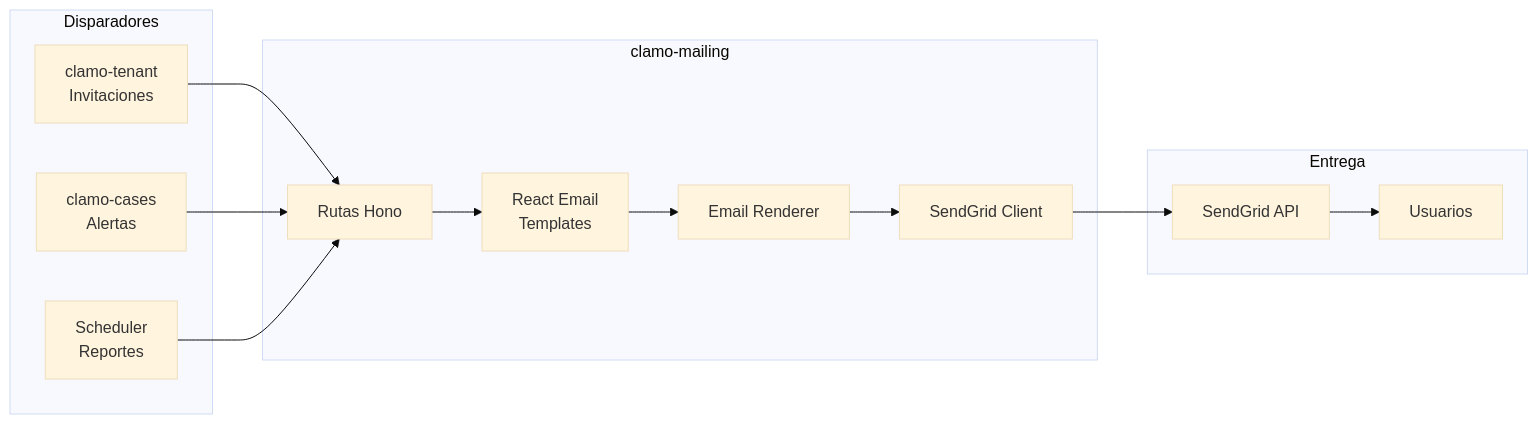
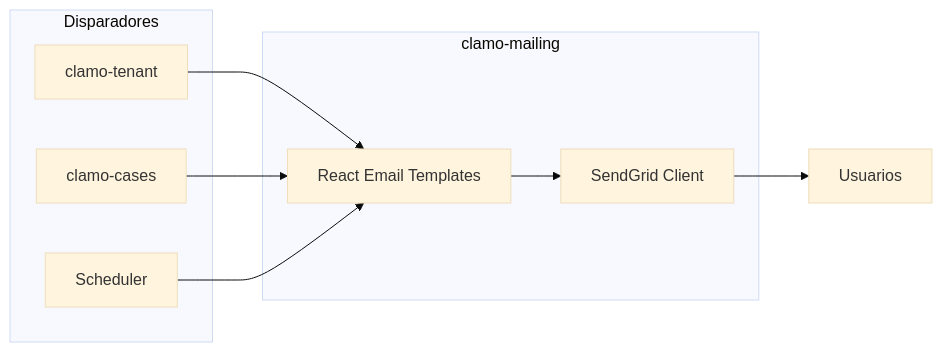
One commit to GetClamo/docs changed the diagram in es/servicios/clamo-mailing.mdx. Above: the diagram before and after it, drawn with Mermaid (base theme). The commit also changed other lines of this file and 93 other files, not shown here.

````diff
--- a/es/servicios/clamo-mailing.mdx
+++ b/es/servicios/clamo-mailing.mdx
@@ -23,29 +21,19 @@
 ```mermaid
 flowchart LR
     subgraph Triggers [Disparadores]
-        Tenant[clamo-tenant<br/>Invitaciones]
-        Cases[clamo-cases<br/>Alertas]
-        Scheduler[Scheduler<br/>Reportes]
+        Tenant[clamo-tenant]
+        Cases[clamo-cases]
+        Scheduler[Scheduler]
     end
-    
+
     subgraph Mailing [clamo-mailing]
-        Routes[Rutas Hono]
-        Templates[React Email<br/>Templates]
-        Renderer[Email Renderer]
+        Templates[React Email Templates]
         Sender[SendGrid Client]
     end
-    
-    subgraph Delivery [Entrega]
-        SendGrid[SendGrid API]
-        Users[Usuarios]
-    end
-    
-    Tenant --> Routes
-    Cases --> Routes
-    Scheduler --> Routes
-    Routes --> Templates
-    Templates --> Renderer
-    Renderer --> Sender
-    Sender --> SendGrid
-    SendGrid --> Users
+
+    Tenant --> Templates
+    Cases --> Templates
+    Scheduler --> Templates
+    Templates --> Sender
+    Sender --> Users[Usuarios]
 ```
````
